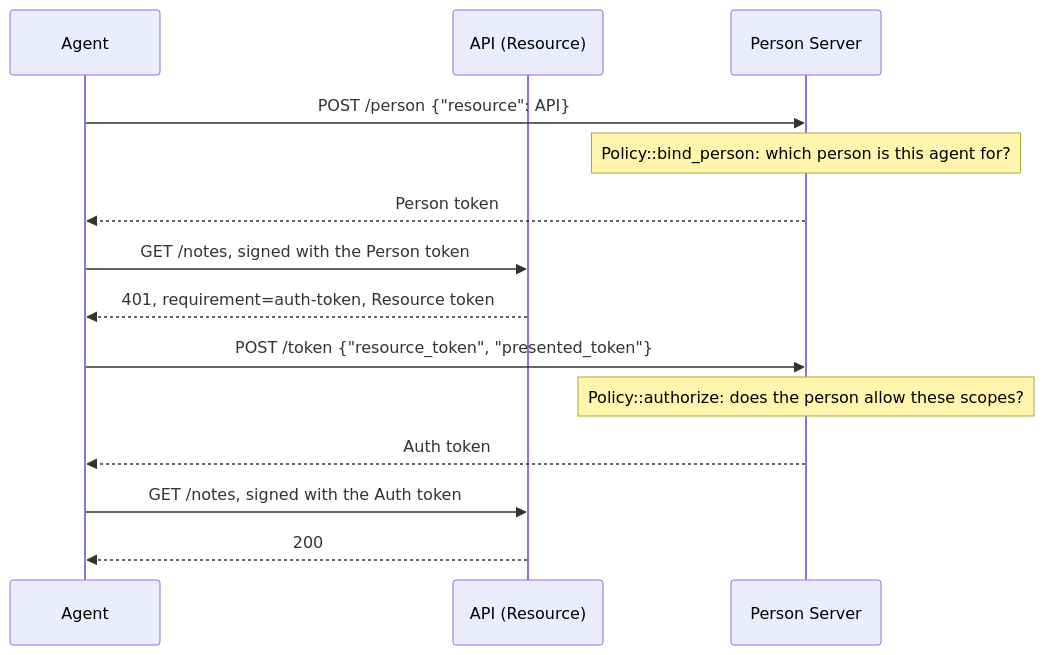
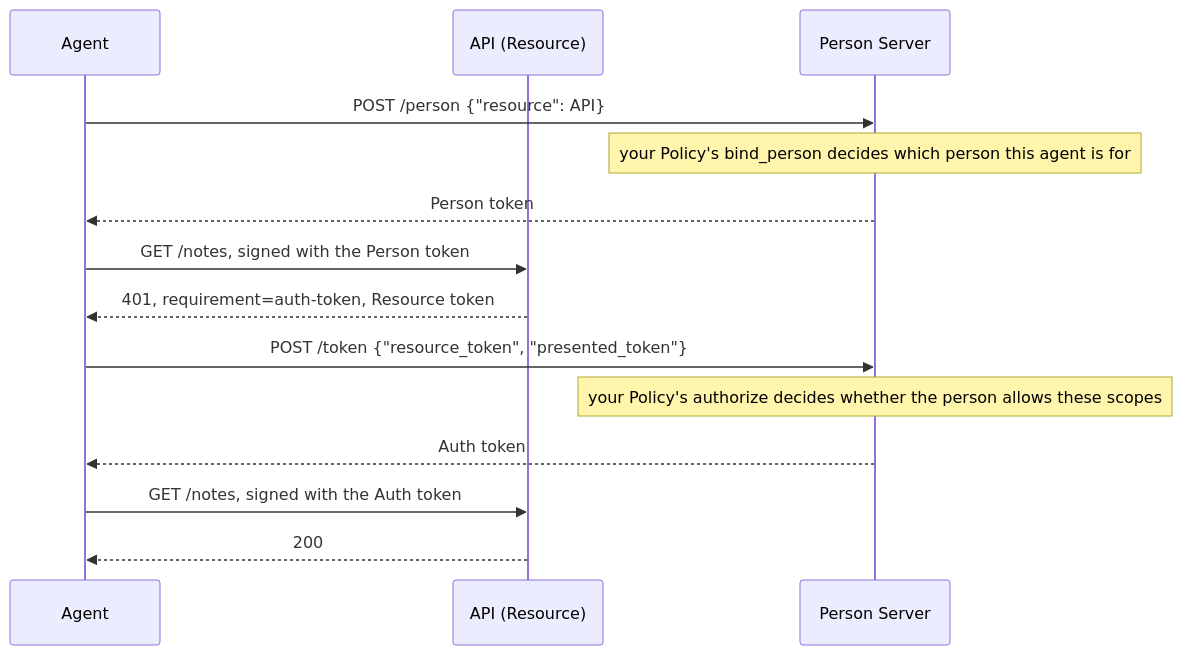
Before and after one commit to sidecat-dev/aauth-rust: the diagram in docs/roles/person-server.md, drawn with Mermaid. The commit also changed 14 other files, not shown here.

First line of the commit message:
docs: make every mermaid diagram render on GitLab

````diff
--- a/docs/roles/person-server.md
+++ b/docs/roles/person-server.md
@@ -21,16 +21,16 @@
 ```mermaid
 sequenceDiagram
     participant Agent
     participant API as API (Resource)
     participant PS as Person Server
-    Agent->>PS: POST /person {"resource": API}
-    Note over PS: Policy::bind_person: which person is this agent for?
-    PS-->>Agent: Person token
-    Agent->>API: GET /notes, signed with the Person token
-    API-->>Agent: 401, requirement=auth-token, Resource token
-    Agent->>PS: POST /token {"resource_token", "presented_token"}
-    Note over PS: Policy::authorize: does the person allow these scopes?
-    PS-->>Agent: Auth token
-    Agent->>API: GET /notes, signed with the Auth token
-    API-->>Agent: 200
+    Agent->>PS : POST /person {"resource": API}
+    Note over PS : your Policy's bind_person decides which person this agent is for
+    PS-->>Agent : Person token
+    Agent->>API : GET /notes, signed with the Person token
+    API-->>Agent : 401, requirement=auth-token, Resource token
+    Agent->>PS : POST /token {"resource_token", "presented_token"}
+    Note over PS : your Policy's authorize decides whether the person allows these scopes
+    PS-->>Agent : Auth token
+    Agent->>API : GET /notes, signed with the Auth token
+    API-->>Agent : 200
 ```
````
